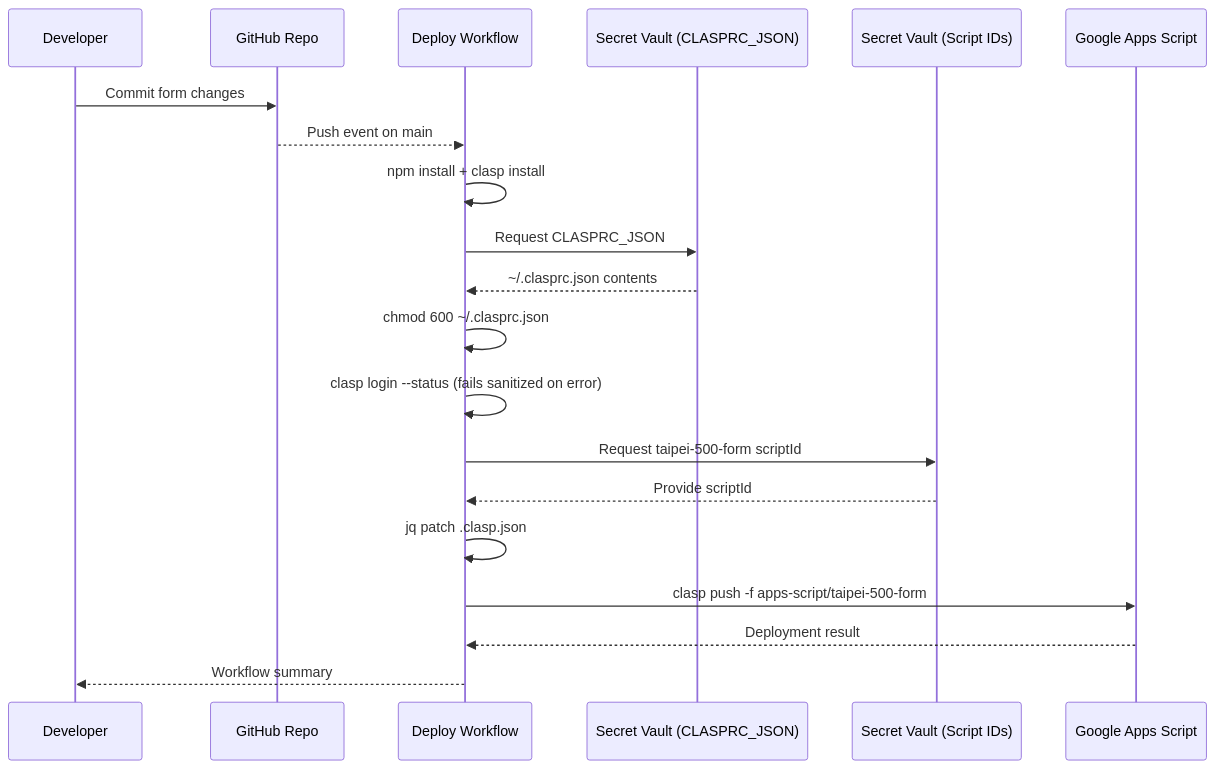
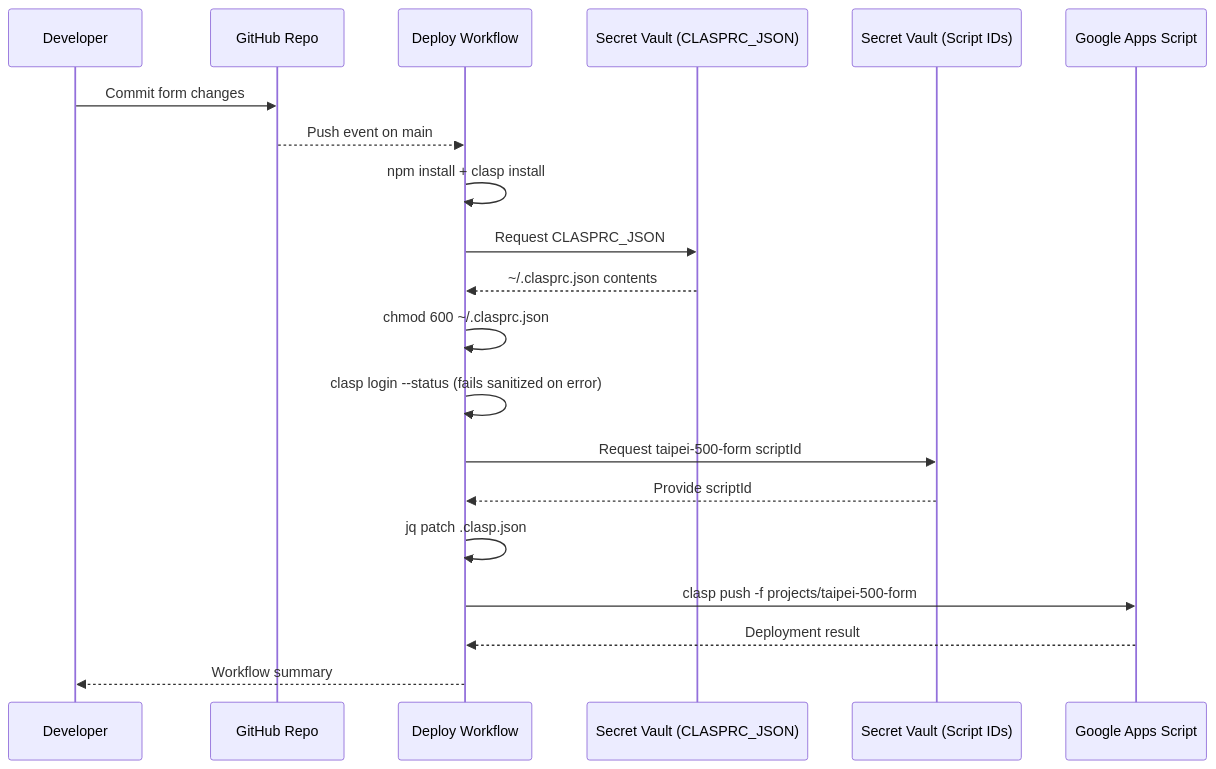
Before and after one commit to muyueh/clasp-from-fresh: the third of 5 diagrams in README.md, drawn with Mermaid. The commit also changed other lines of this file and 5 other files, not shown here.

Commit message:
Folderize taipei 500 GAS project

````diff
--- a/README.md
+++ b/README.md
@@ -36,22 +37,22 @@
 ```mermaid
 sequenceDiagram
     participant Dev as Developer
     participant Repo as GitHub Repo
     participant CI as Deploy Workflow
     participant Secret as Secret Vault (CLASPRC_JSON)
     participant ScriptSecret as Secret Vault (Script IDs)
     participant GAS as Google Apps Script
     Dev->>Repo: Commit form changes
     Repo-->>CI: Push event on main
     CI->>CI: npm install + clasp install
     CI->>Secret: Request CLASPRC_JSON
     Secret-->>CI: ~/.clasprc.json contents
     CI->>CI: chmod 600 ~/.clasprc.json
     CI->>CI: clasp login --status (fails sanitized on error)
     CI->>ScriptSecret: Request taipei-500-form scriptId
     ScriptSecret-->>CI: Provide scriptId
     CI->>CI: jq patch .clasp.json
-    CI->>GAS: clasp push -f apps-script/taipei-500-form
+    CI->>GAS: clasp push -f projects/taipei-500-form
     GAS-->>CI: Deployment result
     CI-->>Dev: Workflow summary
 ```
````
